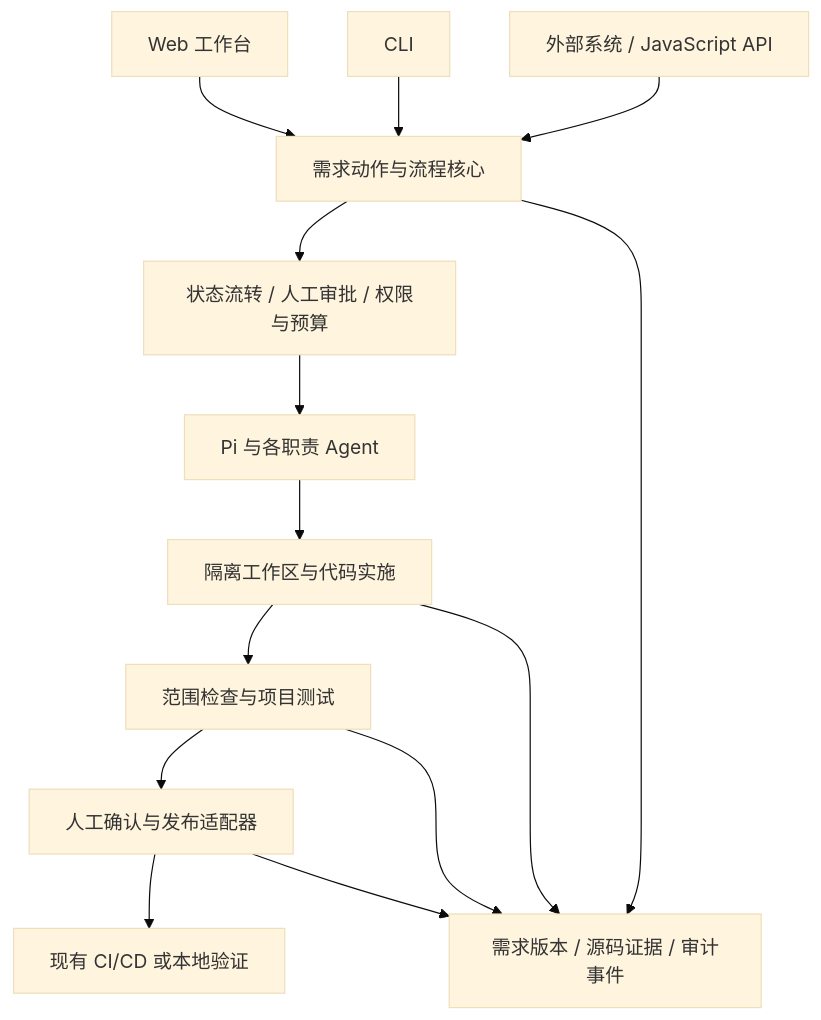
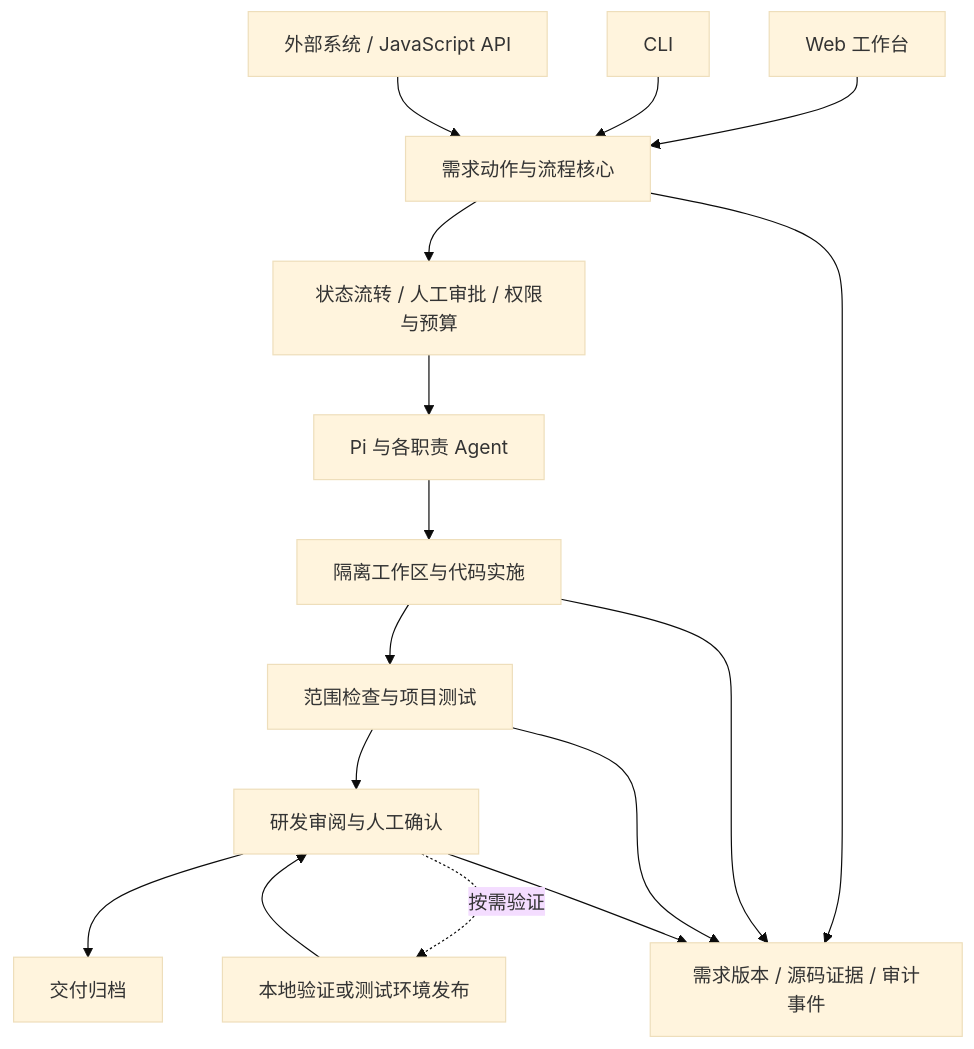
One commit to wddzgt/pi-reqflow changed the diagram in README.md. Above: the diagram before and after it, drawn with Mermaid (base theme). The commit also changed other lines of this file and 45 other files, not shown here.

First line of the commit message:
feat: add scanned environment configuration and manual delivery archive

````diff
--- a/README.md
+++ b/README.md
@@ -102,16 +107,18 @@
 ```mermaid
 flowchart TD
     Web[Web 工作台] --> Core[需求动作与流程核心]
     CLI[CLI] --> Core
     API[外部系统 / JavaScript API] --> Core
     Core --> Control[状态流转 / 人工审批 / 权限与预算]
     Control --> Pi[Pi 与各职责 Agent]
     Pi --> Workspace[隔离工作区与代码实施]
     Workspace --> Checks[范围检查与项目测试]
-    Checks --> Delivery[人工确认与发布适配器]
-    Delivery --> CI[现有 CI/CD 或本地验证]
+    Checks --> Delivery[研发审阅与人工确认]
+    Delivery --> Archive[交付归档]
+    Delivery -. 按需验证 .-> CI[本地验证或测试环境发布]
+    CI --> Delivery
     Core --> Evidence[需求版本 / 源码证据 / 审计事件]
     Workspace --> Evidence
     Checks --> Evidence
     Delivery --> Evidence
 ```
````
